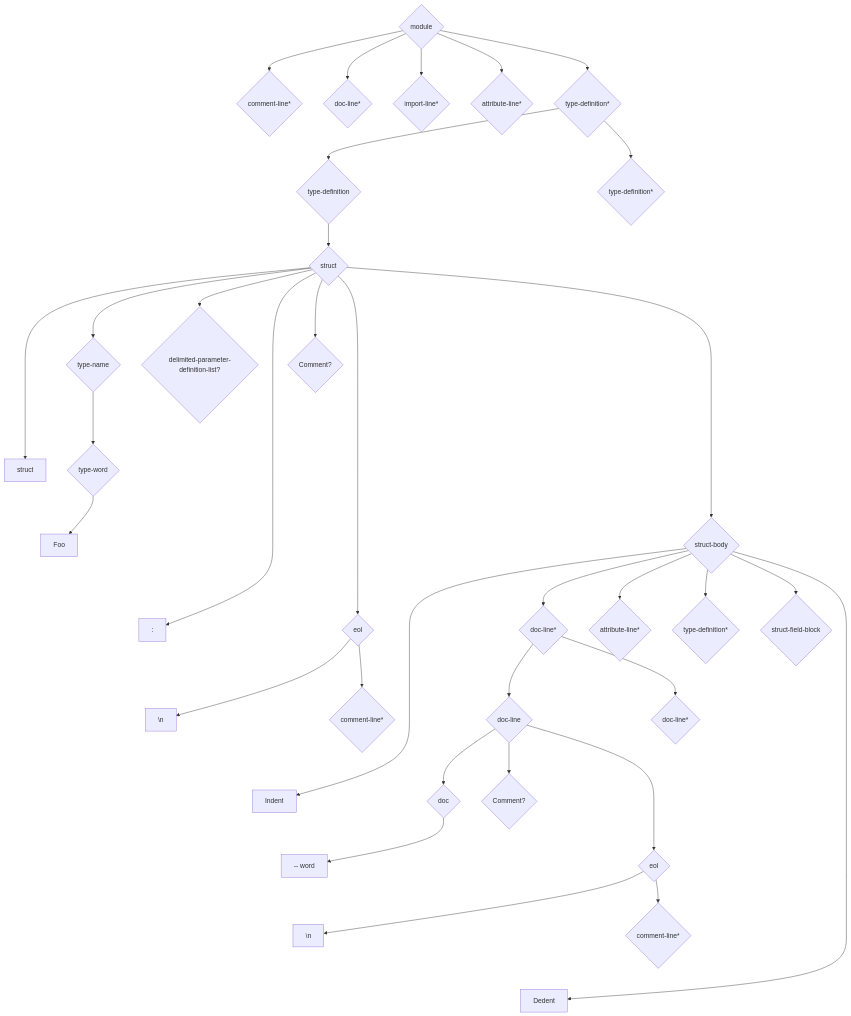
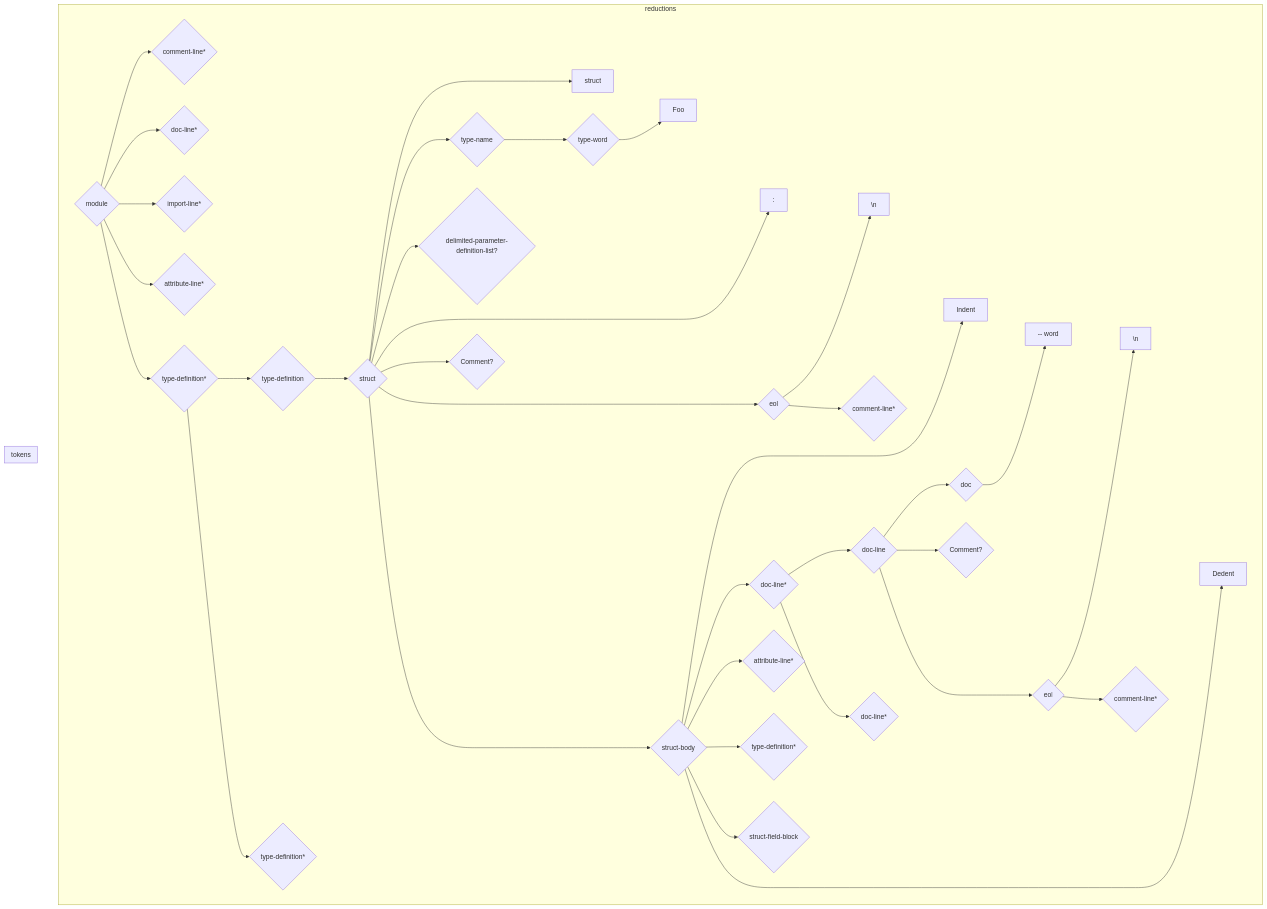
The seventh of 7 diagrams in doc/design.md (reventlov/emboss), drawn with Mermaid before and after one commit.

````diff
--- a/doc/design.md
+++ b/doc/design.md
@@ -472,71 +472,75 @@
 ```mermaid
 graph TD
-    r0@{shape: diamond, label: "module"}
-    r0 --> r1
-    r0 --> r2
-    r0 --> r3
-    r0 --> r4
-    r0 --> r5
-    r1@{shape: diamond, label: "comment-line*"}
-    r2@{shape: diamond, label: "doc-line*"}
-    r3@{shape: diamond, label: "import-line*"}
-    r4@{shape: diamond, label: "attribute-line*"}
-    r5@{shape: diamond, label: "type-definition*"}
-    r5 --> r6
-    r5 --> r25
-    r6@{shape: diamond, label: "type-definition"}
-    r6 --> r7
-    r7@{shape: diamond, label: "struct"}
-    r7 --> t0
-    r7 --> r8
-    r7 --> r10
-    r7 --> t2
-    r7 --> r11
-    r7 --> r12
-    r7 --> r14
-    r8@{shape: diamond, label: "type-name"}
-    r8 --> r9
-    r9@{shape: diamond, label: "type-word"}
-    r9 --> t1
-    r10@{shape: diamond, label: "delimited-parameter-definition-list?"}
-    r11@{shape: diamond, label: "Comment?"}
-    r12@{shape: diamond, label: "eol"}
-    r12 --> t3
-    r12 --> r13
-    r13@{shape: diamond, label: "comment-line*"}
-    r14@{shape: diamond, label: "struct-body"}
-    r14 --> t4
-    r14 --> r15
-    r14 --> r22
-    r14 --> r23
-    r14 --> r24
-    r14 --> t7
-    r15@{shape: diamond, label: "doc-line*"}
-    r15 --> r16
-    r15 --> r21
-    r16@{shape: diamond, label: "doc-line"}
-    r16 --> r17
-    r16 --> r18
-    r16 --> r19
-    r17@{shape: diamond, label: "doc"}
-    r17 --> t5
-    r18@{shape: diamond, label: "Comment?"}
-    r19@{shape: diamond, label: "eol"}
-    r19 --> t6
-    r19 --> r20
-    r20@{shape: diamond, label: "comment-line*"}
-    r21@{shape: diamond, label: "doc-line*"}
-    r22@{shape: diamond, label: "attribute-line*"}
-    r23@{shape: diamond, label: "type-definition*"}
-    r24@{shape: diamond, label: "struct-field-block"}
-    r25@{shape: diamond, label: "type-definition*"}
-    t0 ~~~ t1 ~~~ t2 ~~~ t3 ~~~ t4 ~~~ t5 ~~~ t6 ~~~ t7
-    t0@{shape: rect, label: "struct"}
-    t1@{shape: rect, label: "Foo"}
-    t2@{shape: rect, label: ":"}
-    t3@{shape: rect, label: "\\n"}
-    t4@{shape: rect, label: "Indent"}
-    t5@{shape: rect, label: "-- word"}
-    t6@{shape: rect, label: "\\n"}
-    t7@{shape: rect, label: "Dedent"}
+    subgraph reductions
+        r0@{shape: diamond, label: "module"}
+        r0 --> r1
+        r0 --> r2
+        r0 --> r3
+        r0 --> r4
+        r0 --> r5
+        r1@{shape: diamond, label: "comment-line*"}
+        r2@{shape: diamond, label: "doc-line*"}
+        r3@{shape: diamond, label: "import-line*"}
+        r4@{shape: diamond, label: "attribute-line*"}
+        r5@{shape: diamond, label: "type-definition*"}
+        r5 --> r6
+        r5 --> r25
+        r6@{shape: diamond, label: "type-definition"}
+        r6 --> r7
+        r7@{shape: diamond, label: "struct"}
+        r7 --> t0
+        r7 --> r8
+        r7 --> r10
+        r7 --> t2
+        r7 --> r11
+        r7 --> r12
+        r7 --> r14
+        r8@{shape: diamond, label: "type-name"}
+        r8 --> r9
+        r9@{shape: diamond, label: "type-word"}
+        r9 --> t1
+        r10@{shape: diamond, label: "delimited-parameter-definition-list?"}
+        r11@{shape: diamond, label: "Comment?"}
+        r12@{shape: diamond, label: "eol"}
+        r12 --> t3
+        r12 --> r13
+        r13@{shape: diamond, label: "comment-line*"}
+        r14@{shape: diamond, label: "struct-body"}
+        r14 --> t4
+        r14 --> r15
+        r14 --> r22
+        r14 --> r23
+        r14 --> r24
+        r14 --> t7
+        r15@{shape: diamond, label: "doc-line*"}
+        r15 --> r16
+        r15 --> r21
+        r16@{shape: diamond, label: "doc-line"}
+        r16 --> r17
+        r16 --> r18
+        r16 --> r19
+        r17@{shape: diamond, label: "doc"}
+        r17 --> t5
+        r18@{shape: diamond, label: "Comment?"}
+        r19@{shape: diamond, label: "eol"}
+        r19 --> t6
+        r19 --> r20
+        r20@{shape: diamond, label: "comment-line*"}
+        r21@{shape: diamond, label: "doc-line*"}
+        r22@{shape: diamond, label: "attribute-line*"}
+        r23@{shape: diamond, label: "type-definition*"}
+        r24@{shape: diamond, label: "struct-field-block"}
+        r25@{shape: diamond, label: "type-definition*"}
+    end
+    subgraph tokens
+        t0 ~~~ t1 ~~~ t2 ~~~ t3 ~~~ t4 ~~~ t5 ~~~ t6 ~~~ t7
+        t0@{shape: rect, label: "struct"}
+        t1@{shape: rect, label: "Foo"}
+        t2@{shape: rect, label: ":"}
+        t3@{shape: rect, label: "\\n"}
+        t4@{shape: rect, label: "Indent"}
+        t5@{shape: rect, label: "-- word"}
+        t6@{shape: rect, label: "\\n"}
+        t7@{shape: rect, label: "Dedent"}
+    end
 ```
````
